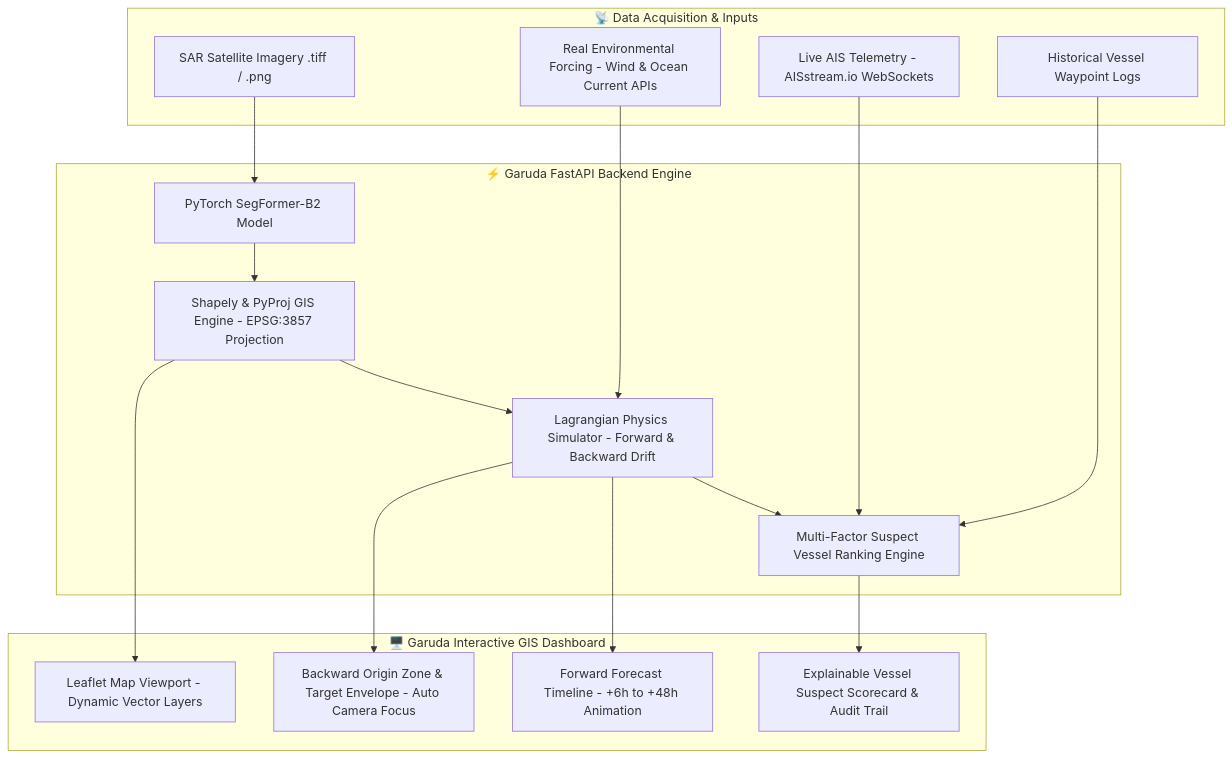
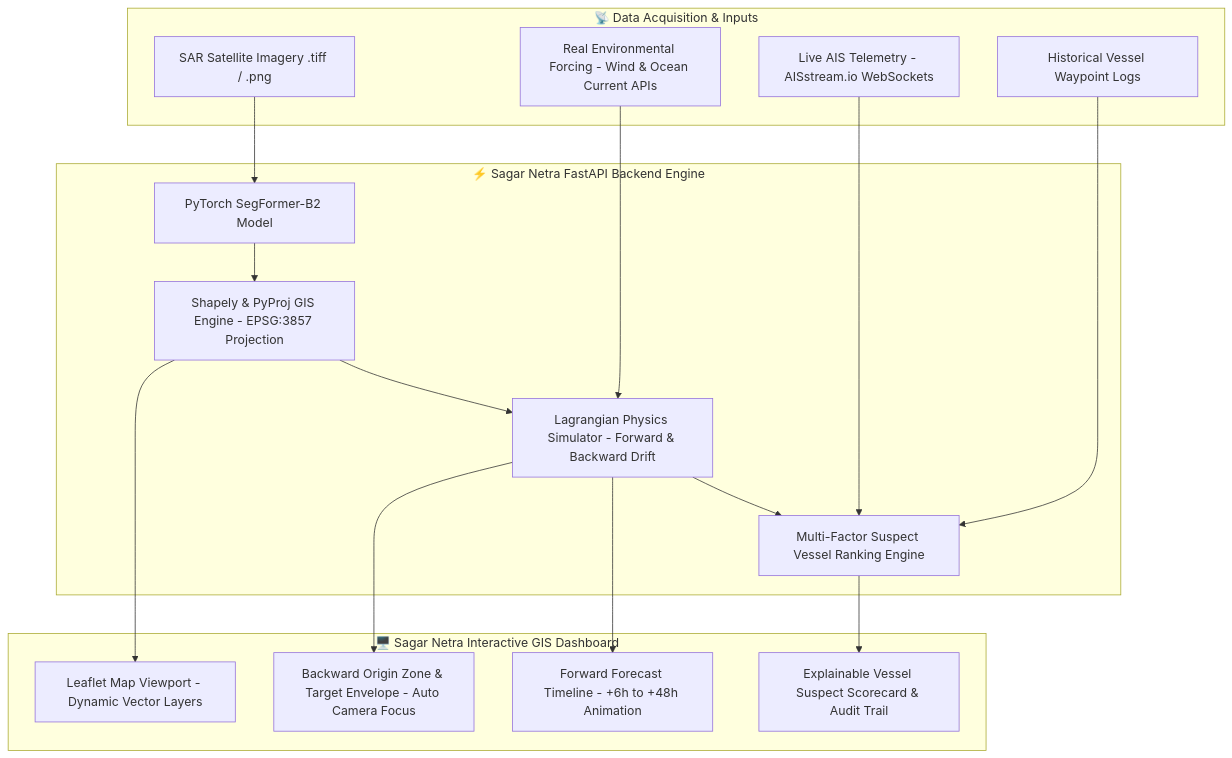
The first of 4 diagrams in README.md (basic30/sagar-netra), drawn with Mermaid before and after one commit. The commit also changed other lines of this file and 1 other file, not shown here.

Commit message:
gis: add AIS service

````diff
--- a/README.md
+++ b/README.md
@@ -46,39 +46,39 @@
 ```mermaid
 graph TD
     %% Input Sources
     subgraph Inputs ["📡 Data Acquisition & Inputs"]
         A[SAR Satellite Imagery .tiff / .png]
         B[Real Environmental Forcing - Wind & Ocean Current APIs]
         C[Live AIS Telemetry - AISstream.io WebSockets]
         D[Historical Vessel Waypoint Logs]
     end
 
     %% Processing Core
-    subgraph Backend ["⚡ Garuda FastAPI Backend Engine"]
+    subgraph Backend ["⚡ Sagar Netra FastAPI Backend Engine"]
         E[PyTorch SegFormer-B2 Model]
         F[Shapely & PyProj GIS Engine - EPSG:3857 Projection]
         G[Lagrangian Physics Simulator - Forward & Backward Drift]
         H[Multi-Factor Suspect Vessel Ranking Engine]
     end
 
     %% Outputs & UI
-    subgraph Frontend ["🖥️ Garuda Interactive GIS Dashboard"]
+    subgraph Frontend ["🖥️ Sagar Netra Interactive GIS Dashboard"]
         I[Leaflet Map Viewport - Dynamic Vector Layers]
         J[Backward Origin Zone & Target Envelope - Auto Camera Focus]
         K[Forward Forecast Timeline - +6h to +48h Animation]
         L[Explainable Vessel Suspect Scorecard & Audit Trail]
     end
 
     %% Pipeline Connections
     A --> E
     E --> F
     F --> G
     B --> G
     G --> H
     C --> H
     D --> H
     F --> I
     G --> K
     G --> J
     H --> L
 ```
````
